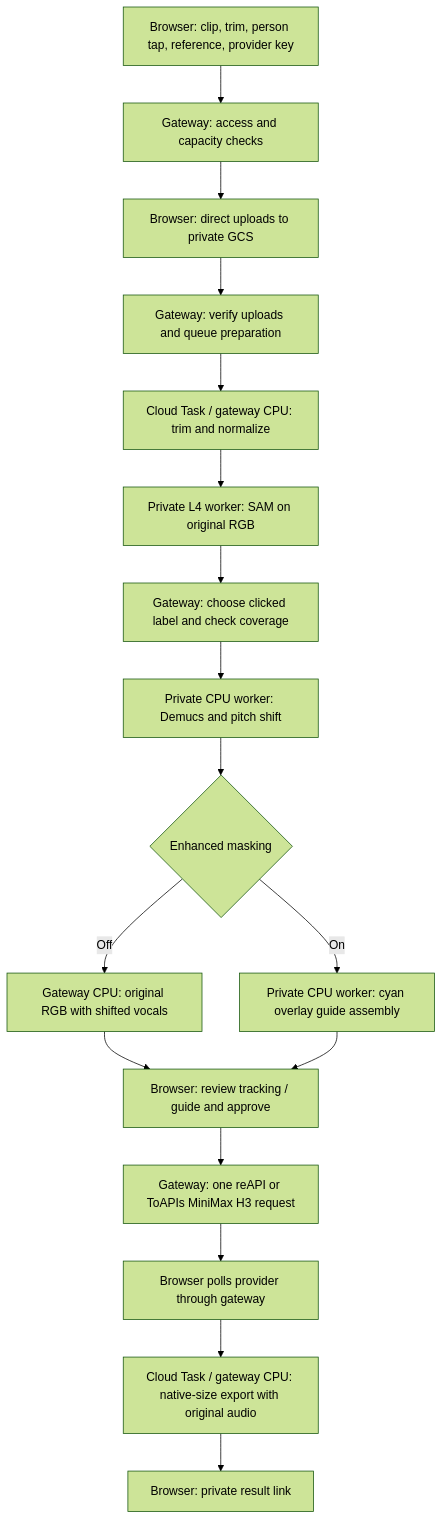
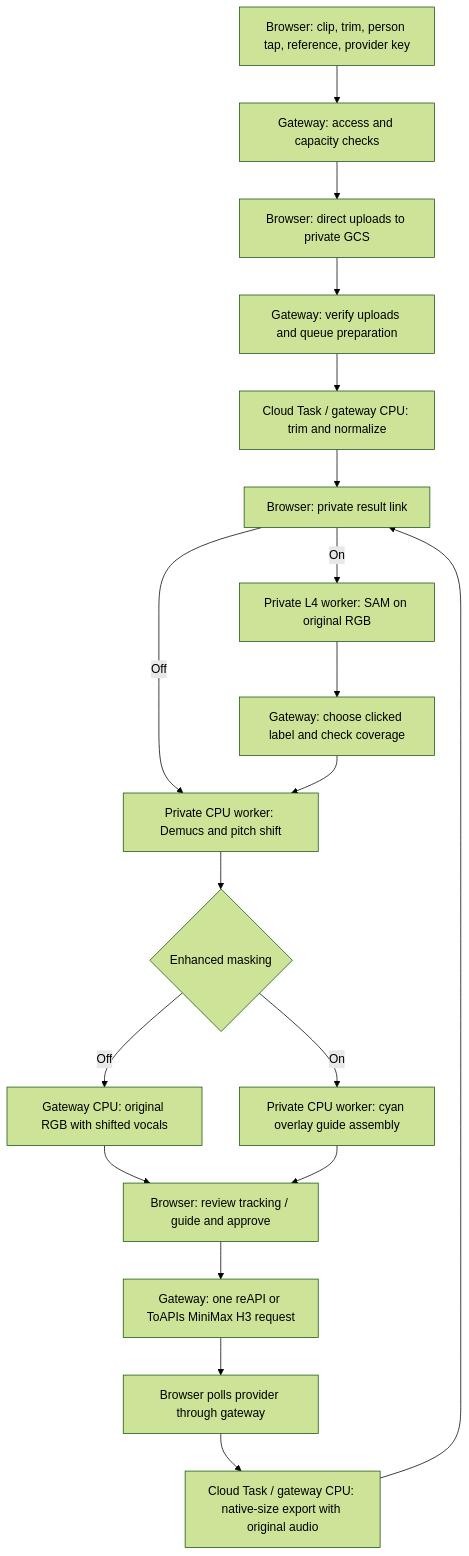
One commit to frankywashere/vlo changed the diagram in docs/charswap-walkthrough.md. Above: the diagram before and after it, drawn with Mermaid (forest theme). The commit also changed other lines of this file and 10 other files, not shown here.

Commit message:
Skip SAM when masking is off and clarify guide preparation

````diff
--- a/docs/charswap-walkthrough.md
+++ b/docs/charswap-walkthrough.md
@@ -75,19 +75,21 @@
 ```mermaid
 flowchart TD
     A[Browser: clip, trim, person tap, reference, provider key] --> B[Gateway: access and capacity checks]
     B --> C[Browser: direct uploads to private GCS]
     C --> D[Gateway: verify uploads and queue preparation]
     D --> E[Cloud Task / gateway CPU: trim and normalize]
-    E --> F[Private L4 worker: SAM on original RGB]
+    E --> M{Enhanced masking}
+    M -->|On| F[Private L4 worker: SAM on original RGB]
+    M -->|Off| H
     F --> G[Gateway: choose clicked label and check coverage]
     G --> H[Private CPU worker: Demucs and pitch shift]
     H --> P{Enhanced masking}
     P -->|Off| Q[Gateway CPU: original RGB with shifted vocals]
     P -->|On| R[Private CPU worker: cyan overlay guide assembly]
     Q --> I[Browser: review tracking / guide and approve]
     R --> I
     I --> J[Gateway: one reAPI or ToAPIs MiniMax H3 request]
     J --> K[Browser polls provider through gateway]
     K --> L[Cloud Task / gateway CPU: native-size export with original audio]
     L --> M[Browser: private result link]
 ```
````
